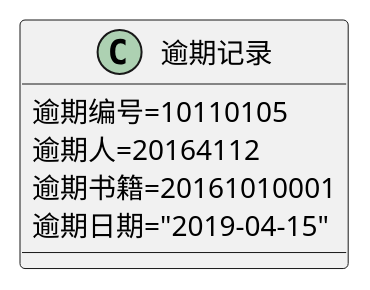
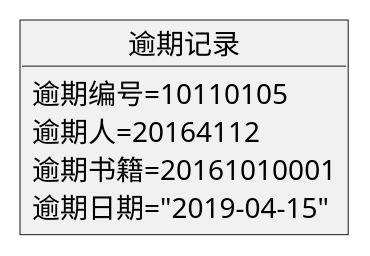
The diagram in test3/puml/overdue.puml (YYttaa/is_analysis-2), drawn with PlantUML before and after one commit. The commit also changed 18 other files, not shown here.

```diff
--- a/test3/puml/overdue.puml
+++ b/test3/puml/overdue.puml
@@ -1,10 +1,10 @@
 @startuml
 
-class 逾期记录{
+object 逾期记录{
     逾期编号=10110105
     逾期人=20164112
     逾期书籍=20161010001
     逾期日期="2019-04-15"
  }
 
 @enduml
```
